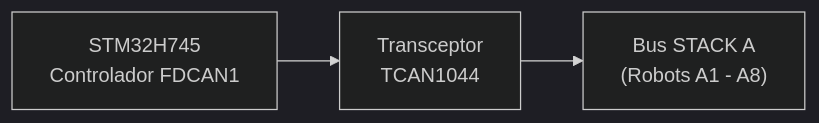
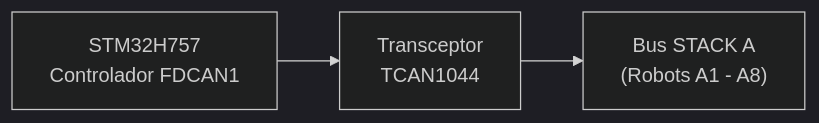
Before and after one commit to JuanenRac/HYDRA-UMC: the first of 2 diagrams in docs/HARDWARE_SPECIFICATION_spa.md, drawn with Mermaid (dark theme). The commit also changed other lines of this file and 41 other files, not shown here.

````diff
--- a/docs/HARDWARE_SPECIFICATION_spa.md
+++ b/docs/HARDWARE_SPECIFICATION_spa.md
@@ -72,4 +72,4 @@
 ```mermaid
 flowchart LR
-    FDCAN1["STM32H745<br/>Controlador FDCAN1"] --> XCVR["Transceptor<br/>TCAN1044"] --> BUS["Bus STACK A<br/>(Robots A1 - A8)"]
+    FDCAN1["STM32H757<br/>Controlador FDCAN1"] --> XCVR["Transceptor<br/>TCAN1044"] --> BUS["Bus STACK A<br/>(Robots A1 - A8)"]
 ```
````
